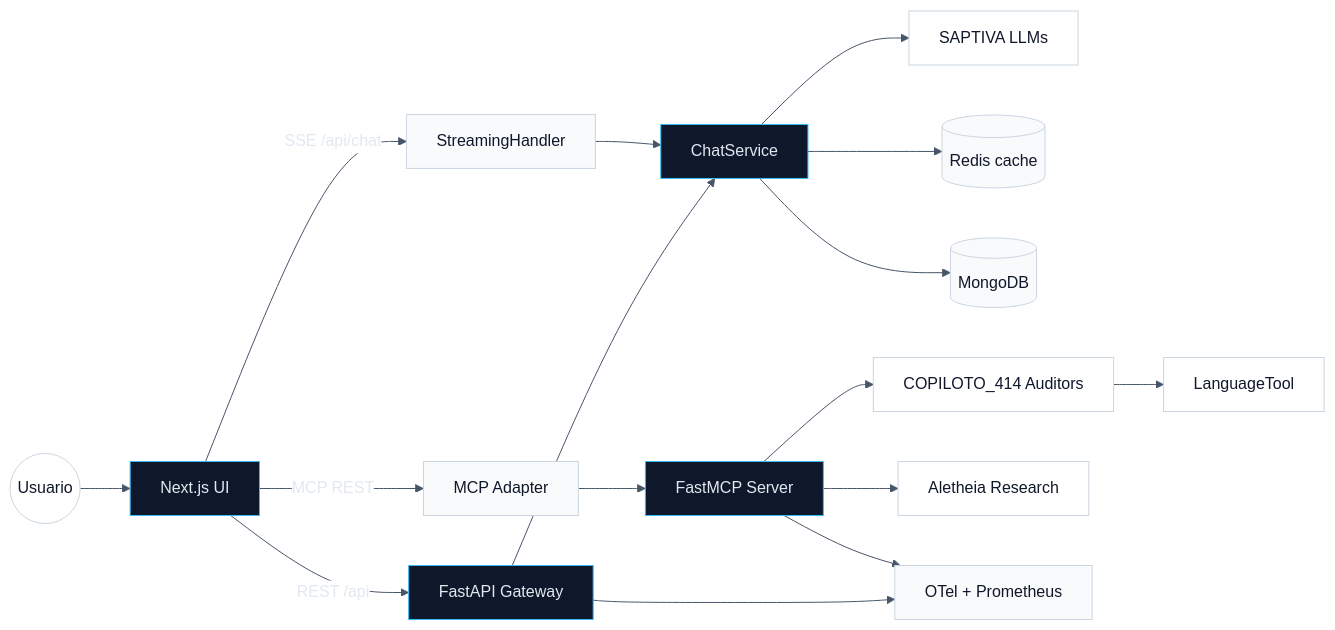
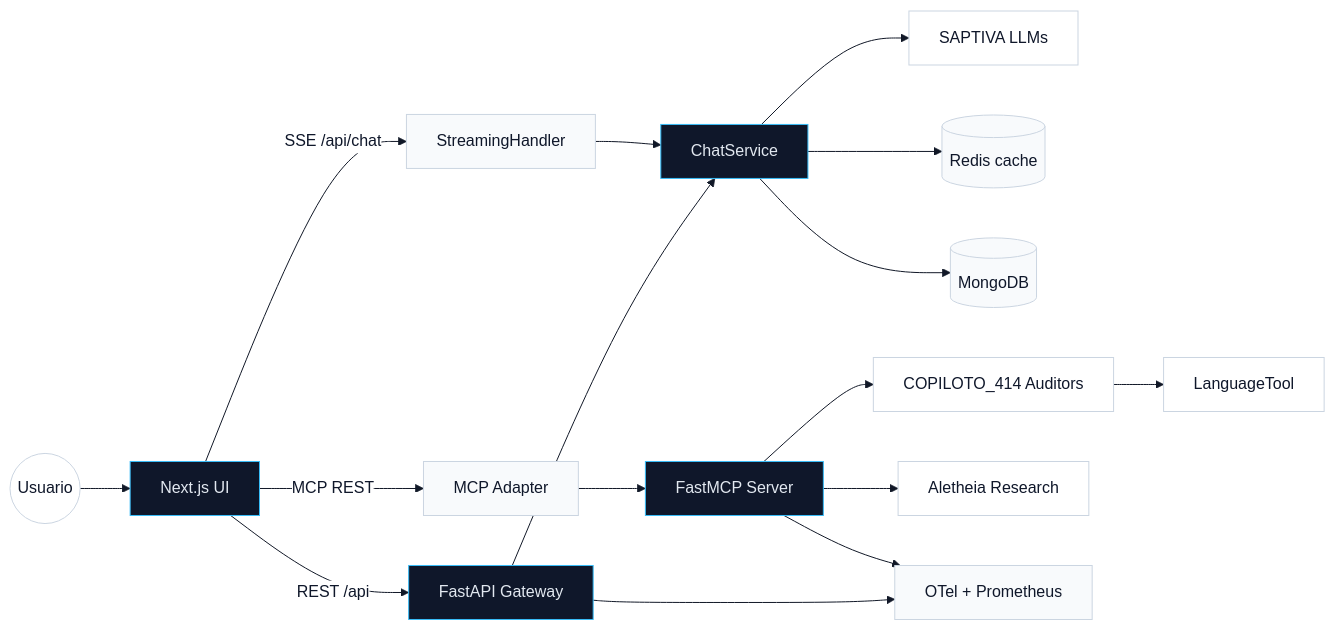
One commit to saptiva-ai/octavios-chat changed the seventh of 11 diagrams in README.md. Above: the diagram before and after it, drawn with Mermaid. The commit also changed other lines of this file, not shown here.

````diff
--- a/README.md
+++ b/README.md
@@ -989,26 +989,26 @@
 ```mermaid
-%%{init: {'theme': 'base', 'themeVariables': {'primaryColor': '#0f172a','primaryBorderColor': '#38bdf8','primaryTextColor': '#e2e8f0','lineColor': '#475569','textColor': '#1f2937','secondaryColor': '#ffffff','secondaryBorderColor': '#cbd5e1','secondaryTextColor': '#0f172a','tertiaryColor': '#f8fafc','tertiaryBorderColor': '#cbd5e1','tertiaryTextColor': '#0f172a'}}}%%
+%%{init: {'theme': 'base', 'themeVariables': {'primaryColor': '#0f172a','primaryBorderColor': '#38bdf8','primaryTextColor': '#0f172a','lineColor': '#111827','textColor': '#111827','secondaryColor': '#ffffff','secondaryBorderColor': '#cbd5e1','secondaryTextColor': '#0f172a','tertiaryColor': '#f8fafc','tertiaryBorderColor': '#cbd5e1','tertiaryTextColor': '#0f172a'}}}%%
 flowchart LR
     user((Usuario)):::light --> web_ui["Next.js UI"]:::dark
     web_ui -->|REST /api| api_gateway["FastAPI Gateway"]:::dark
     web_ui -->|SSE /api/chat| streaming["StreamingHandler"]:::gray
     web_ui -->|MCP REST| mcp_adapter["MCP Adapter"]:::gray
 
     api_gateway --> chat_service["ChatService"]:::dark
     chat_service --> saptiva["SAPTIVA LLMs"]:::light
     chat_service --> redis[(Redis cache)]:::gray
     chat_service --> mongo[(MongoDB)]:::gray
 
     streaming --> chat_service
     mcp_adapter --> fastmcp["FastMCP Server"]:::dark
     fastmcp --> validation["COPILOTO_414 Auditors"]:::light
     validation --> languagetool["LanguageTool"]:::light
     fastmcp --> aletheia["Aletheia Research"]:::light
 
     api_gateway --> telemetry["OTel + Prometheus"]:::gray
     fastmcp --> telemetry
 
     classDef dark fill:#0f172a,stroke:#38bdf8,color:#e2e8f0;
     classDef light fill:#ffffff,stroke:#cbd5e1,color:#0f172a;
     classDef gray fill:#f8fafc,stroke:#cbd5e1,color:#0f172a;
 ```
````
